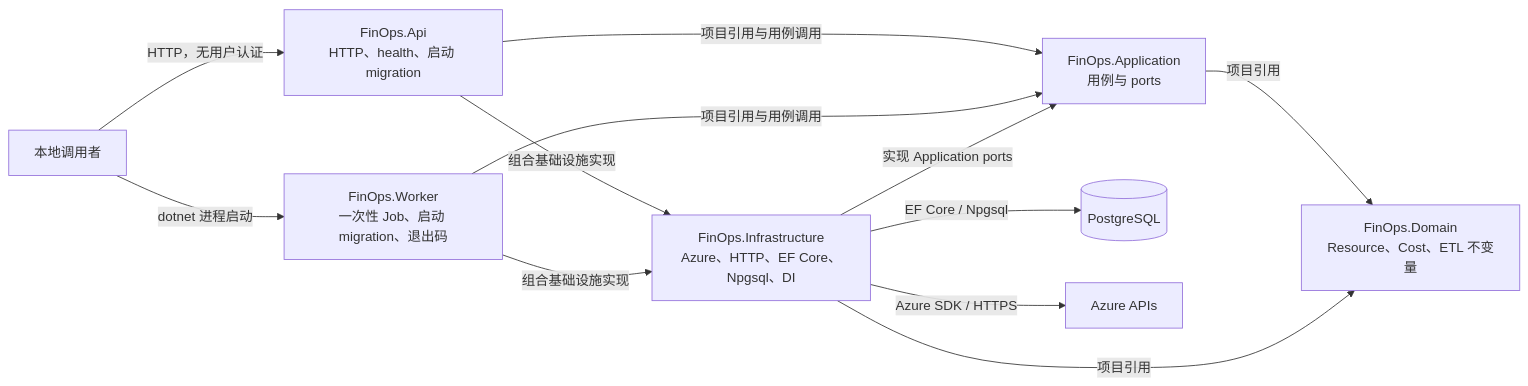
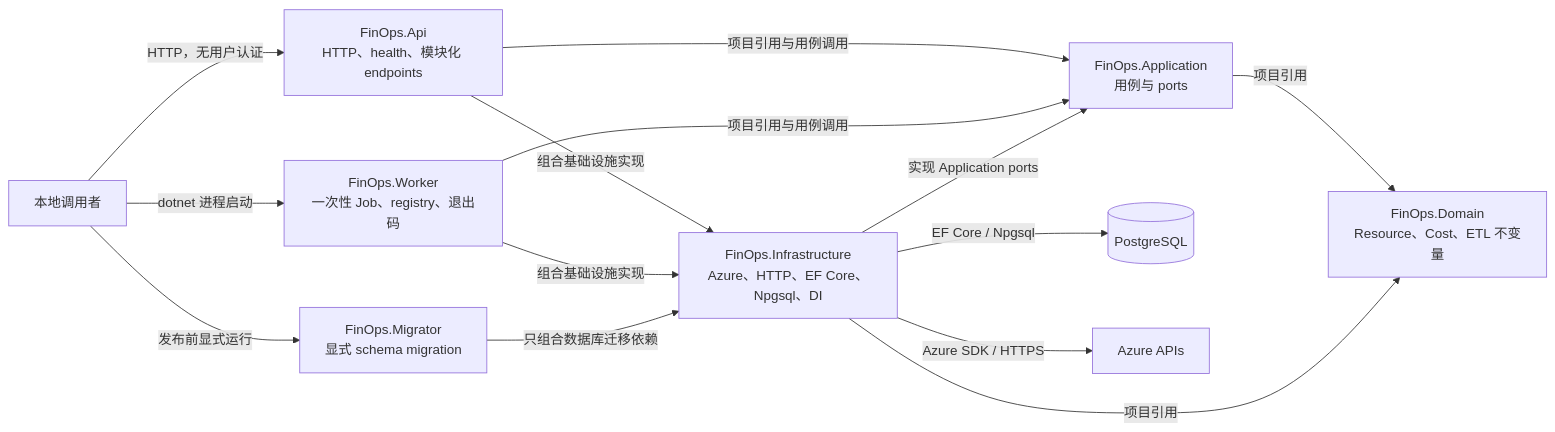
One commit to miku-wwl/cloud-governance-x changed the second of 9 diagrams in docs/phase-0/current-architecture.md. Above: the diagram before and after it, drawn with Mermaid. The commit also changed other lines of this file and 9 other files, not shown here.

````diff
--- a/docs/phase-0/current-architecture.md
+++ b/docs/phase-0/current-architecture.md
@@ -42,23 +42,26 @@
 ```mermaid
 flowchart LR
     Caller["本地调用者"]
-    Api["FinOps.Api<br/>HTTP、health、启动 migration"]
-    Worker["FinOps.Worker<br/>一次性 Job、启动 migration、退出码"]
+    Api["FinOps.Api<br/>HTTP、health、模块化 endpoints"]
+    Worker["FinOps.Worker<br/>一次性 Job、registry、退出码"]
+    Migrator["FinOps.Migrator<br/>显式 schema migration"]
     App["FinOps.Application<br/>用例与 ports"]
     Domain["FinOps.Domain<br/>Resource、Cost、ETL 不变量"]
     Infra["FinOps.Infrastructure<br/>Azure、HTTP、EF Core、Npgsql、DI"]
     Db[("PostgreSQL")]
     Azure["Azure APIs"]
 
     Caller -->|"HTTP，无用户认证"| Api
     Caller -->|"dotnet 进程启动"| Worker
+    Caller -->|"发布前显式运行"| Migrator
     Api -->|"项目引用与用例调用"| App
     Worker -->|"项目引用与用例调用"| App
     Api -->|"组合基础设施实现"| Infra
     Worker -->|"组合基础设施实现"| Infra
+    Migrator -->|"只组合数据库迁移依赖"| Infra
     Infra -->|"实现 Application ports"| App
     App -->|"项目引用"| Domain
     Infra -->|"项目引用"| Domain
     Infra -->|"EF Core / Npgsql"| Db
     Infra -->|"Azure SDK / HTTPS"| Azure
 ```
````
